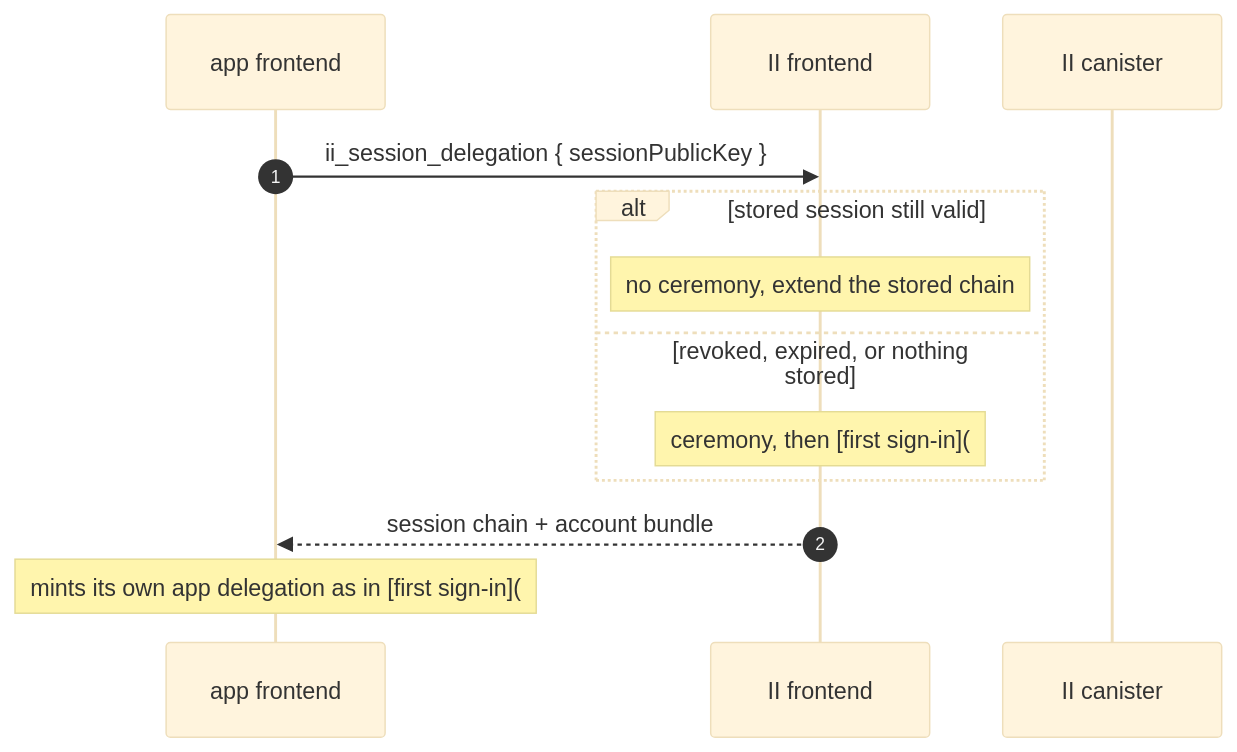
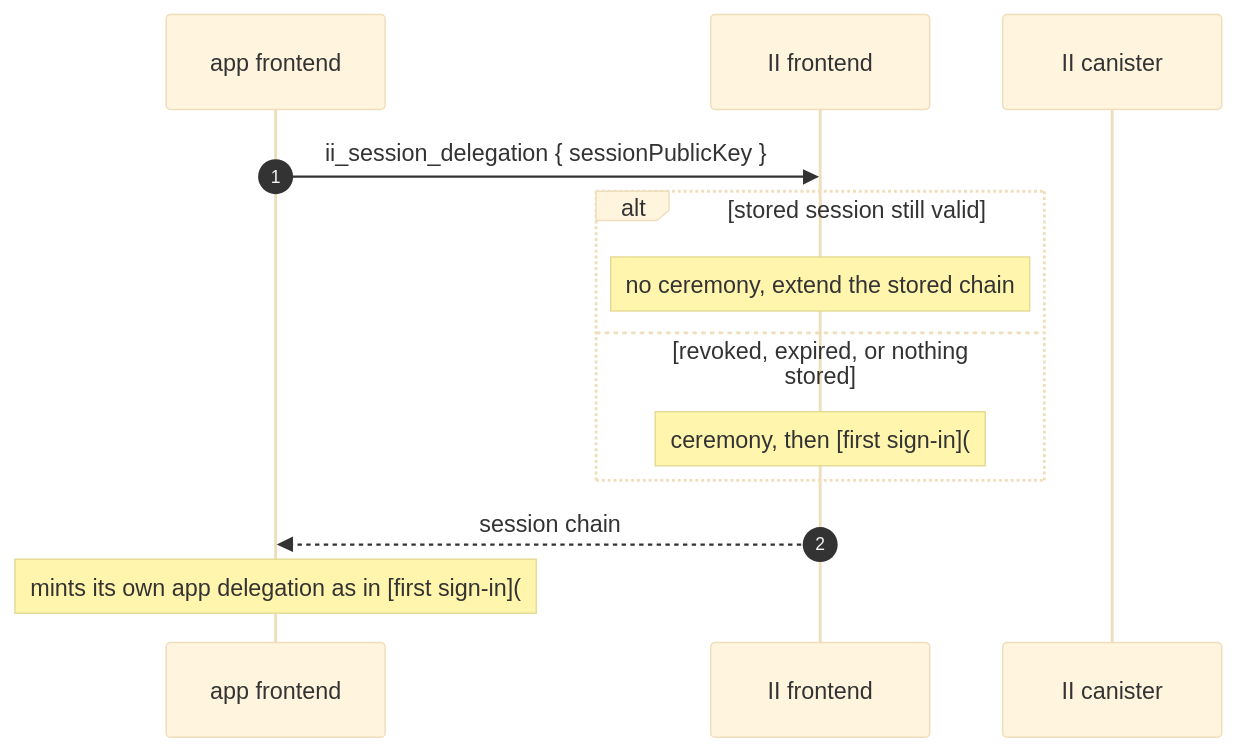
One commit to dfinity/internet-identity changed the fourth of 7 diagrams in docs/ongoing/revocable-app-sessions-spec.md. Above: the diagram before and after it, drawn with Mermaid (base theme). The commit also changed other lines of this file and 1 other file, not shown here.

````diff
--- a/docs/ongoing/revocable-app-sessions-spec.md
+++ b/docs/ongoing/revocable-app-sessions-spec.md
@@ -338,15 +509,15 @@
 ```mermaid
 sequenceDiagram
     autonumber
     participant App as app frontend
     participant IIF as II frontend
     participant IIC as II canister
     App->>IIF: ii_session_delegation { sessionPublicKey }
     alt stored session still valid
         Note over IIF: no ceremony, extend the stored chain
     else revoked, expired, or nothing stored
         Note over IIF: ceremony, then [first sign-in](#first-sign-in)
     end
-    IIF-->>App: session chain + account bundle
+    IIF-->>App: session chain
     Note over App: mints its own app delegation as in [first sign-in](#first-sign-in)
 ```
````
